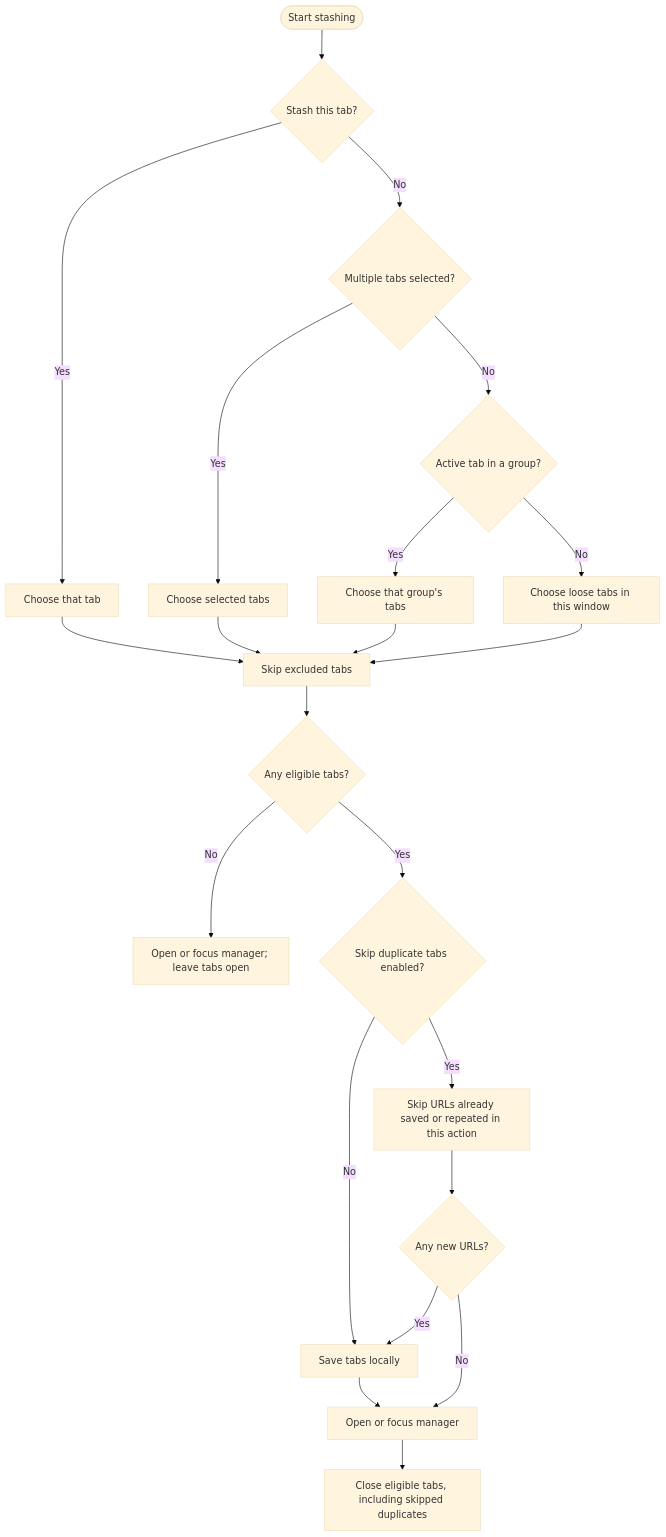
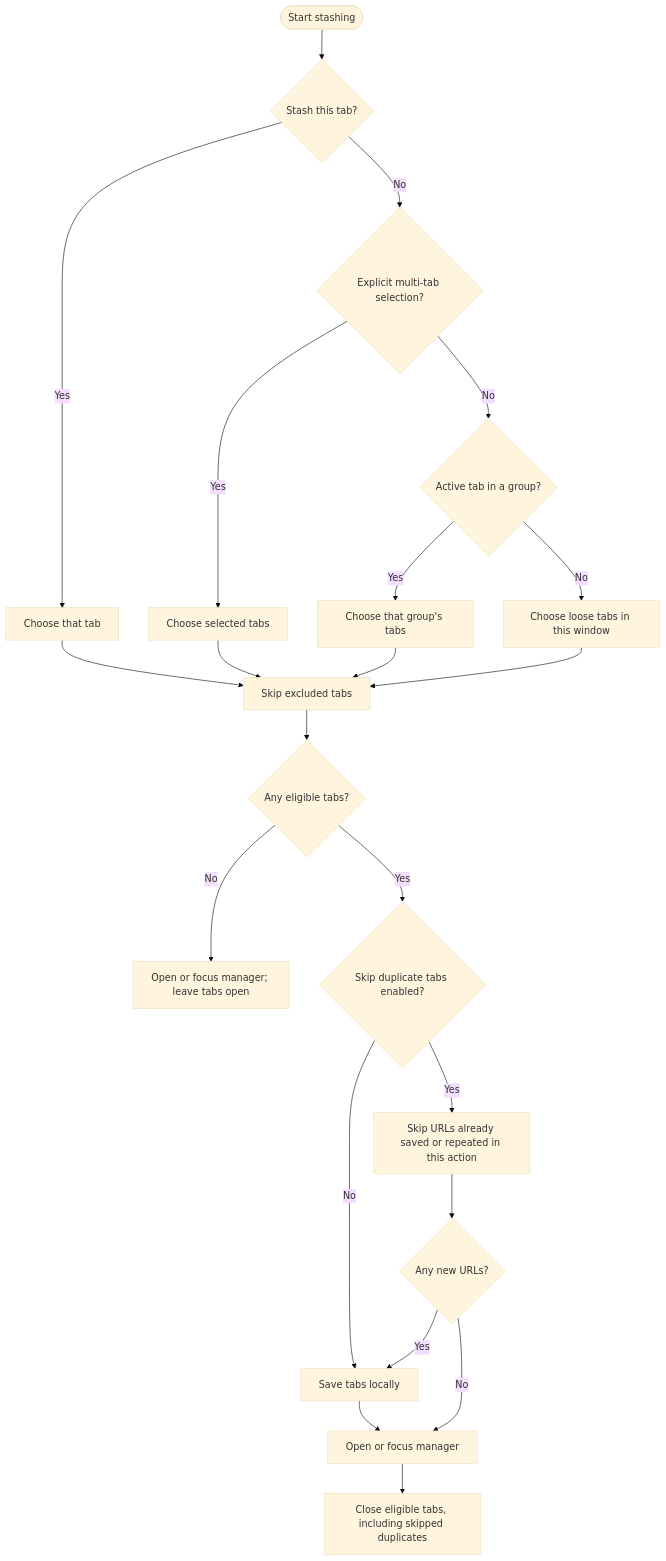
The first of 2 diagrams in README.md (taichikuji/Stasher), drawn with Mermaid (base theme) before and after one commit. The commit also changed other lines of this file and 4 other files, not shown here.

First line of the commit message:
feat: preserve split views when stashing and restoring tabs (#25)

````diff
--- a/README.md
+++ b/README.md
@@ -29,26 +29,26 @@
 ```mermaid
 flowchart TD
   accTitle: How Stasher saves tabs
-  accDescr: Stash one chosen tab, multiple selected tabs, the active tab's group, or loose tabs. Filter excluded tabs and optionally skip duplicate URLs, save new tabs locally, open the manager, and close eligible tabs including skipped duplicates. If none are eligible, only open the manager.
+  accDescr: Stash one chosen tab, explicitly selected tabs, the active tab's group, or loose tabs. A split view's automatically highlighted panes follow the group or loose-tabs behavior. Filter excluded tabs and optionally skip duplicate URLs, save new tabs locally, open the manager, and close eligible tabs including skipped duplicates. If none are eligible, only open the manager.
   Start(["Start stashing"]) --> Single{"Stash this tab?"}
   Single -->|Yes| Chosen["Choose that tab"]
-  Single -->|No| Selected{"Multiple tabs selected?"}
+  Single -->|No| Selected{"Explicit multi-tab selection?"}
   Selected -->|Yes| Selection["Choose selected tabs"]
   Selected -->|No| Group{"Active tab in a group?"}
   Group -->|Yes| GroupTabs["Choose that group's tabs"]
   Group -->|No| Loose["Choose loose tabs in this window"]
   Chosen --> Filter["Skip excluded tabs"]
   Selection --> Filter
   GroupTabs --> Filter
   Loose --> Filter
   Filter --> Eligible{"Any eligible tabs?"}
   Eligible -->|No| ManagerOnly["Open or focus manager; leave tabs open"]
   Eligible -->|Yes| Duplicates{"Skip duplicate tabs enabled?"}
   Duplicates -->|No| Save["Save tabs locally"]
   Duplicates -->|Yes| Unique["Skip URLs already saved or repeated in this action"]
   Unique --> New{"Any new URLs?"}
   New -->|Yes| Save
   New -->|No| Manager
   Save --> Manager["Open or focus manager"]
   Manager --> Close["Close eligible tabs, including skipped duplicates"]
 ```
````
